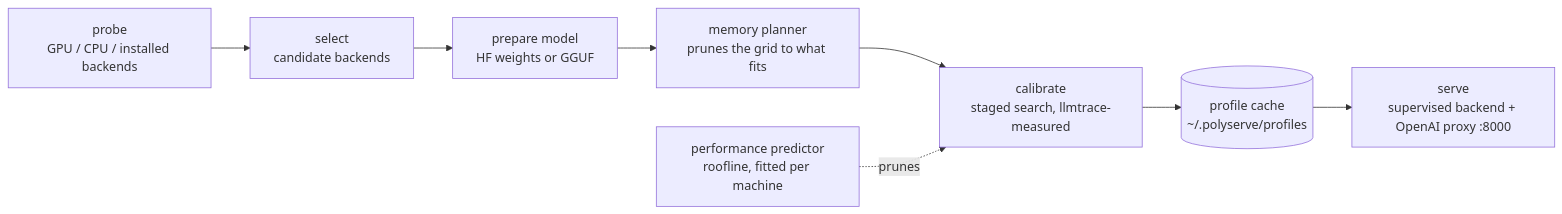
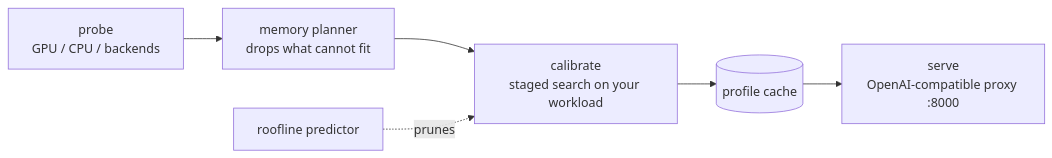
The diagram in README.md (Aagam-Bothara/polyserve), drawn with Mermaid before and after one commit. The commit also changed other lines of this file and 6 other files, not shown here.

````diff
--- a/README.md
+++ b/README.md
@@ -41,10 +61,8 @@
 ```mermaid
 flowchart LR
-    P[probe<br/>GPU / CPU / installed backends] --> S[select<br/>candidate backends]
-    S --> M[prepare model<br/>HF weights or GGUF]
-    M --> PL[memory planner<br/>prunes the grid to what fits]
-    PL --> C[calibrate<br/>staged search, llmtrace-measured]
-    PR[performance predictor<br/>roofline, fitted per machine] -.prunes.-> C
-    C --> CA[(profile cache<br/>~/.polyserve/profiles)]
-    CA --> SV[serve<br/>supervised backend + OpenAI proxy :8000]
+    P[probe<br/>GPU / CPU / backends] --> PL[memory planner<br/>drops what cannot fit]
+    PL --> C[calibrate<br/>staged search on your workload]
+    PR[roofline predictor] -.prunes.-> C
+    C --> CA[(profile cache)]
+    CA --> SV[serve<br/>OpenAI-compatible proxy :8000]
 ```
````
